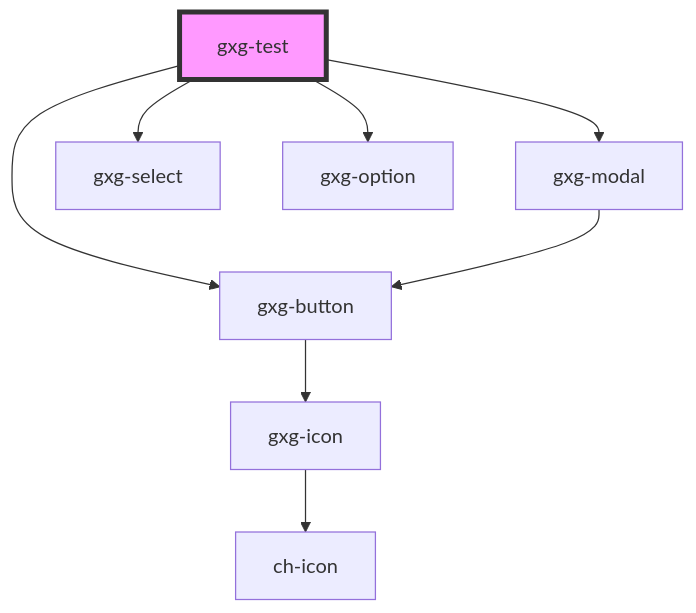
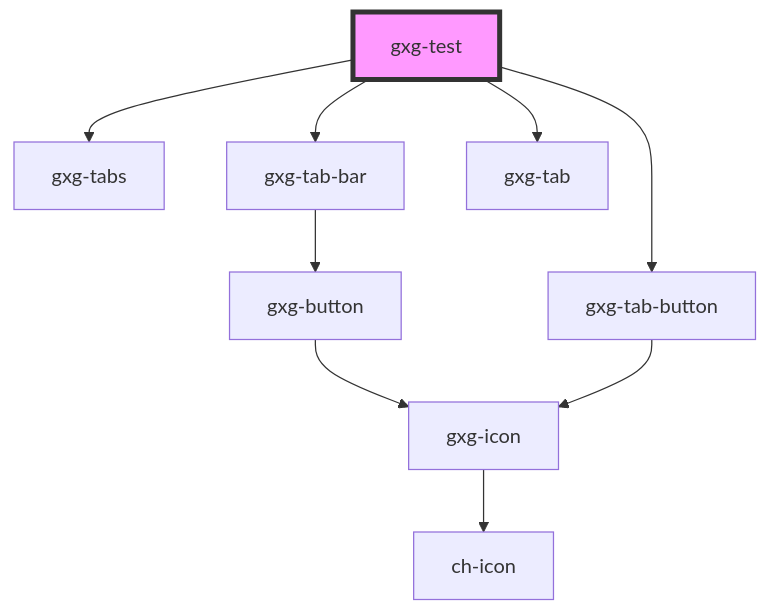
The diagram in src/components/test/readme.md (genexuslabs/gemini), drawn with Mermaid before and after one commit. The commit also changed other lines of this file and 12 other files, not shown here.

````diff
--- a/src/components/test/readme.md
+++ b/src/components/test/readme.md
@@ -24,11 +24,12 @@
 ```mermaid
 graph TD;
-  gxg-test --> gxg-modal
-  gxg-test --> gxg-button
-  gxg-test --> gxg-select
-  gxg-test --> gxg-option
-  gxg-modal --> gxg-button
+  gxg-test --> gxg-tabs
+  gxg-test --> gxg-tab-bar
+  gxg-test --> gxg-tab-button
+  gxg-test --> gxg-tab
+  gxg-tab-bar --> gxg-button
   gxg-button --> gxg-icon
   gxg-icon --> ch-icon
+  gxg-tab-button --> gxg-icon
   style gxg-test fill:#f9f,stroke:#333,stroke-width:4px
 ```
````
